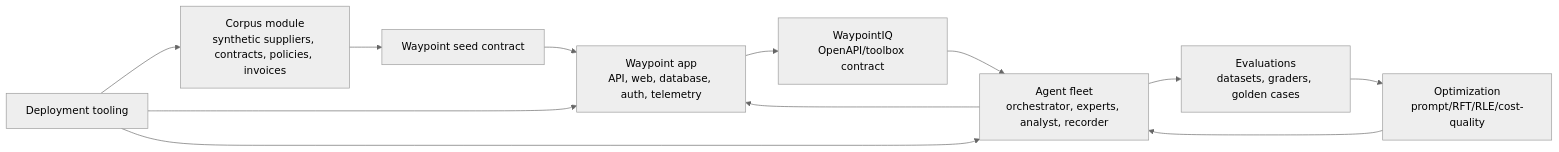
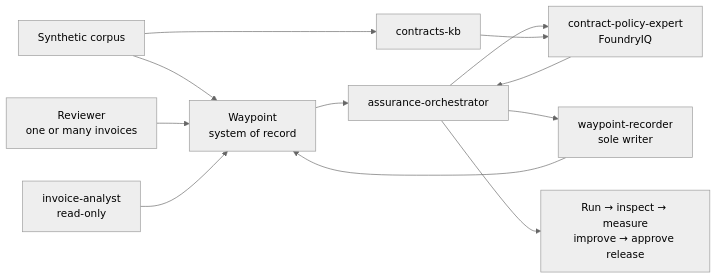
The diagram in docs/architecture.md (RicksterCDN/waypoint), drawn with Mermaid (neutral theme) before and after one commit. The commit also changed other lines of this file and 311 other files, not shown here.

````diff
--- a/docs/architecture.md
+++ b/docs/architecture.md
@@ -18,14 +22,14 @@
 ```mermaid
 flowchart LR
-    Corpus[Corpus module\nsynthetic suppliers, contracts, policies, invoices] --> Seed[Waypoint seed contract]
-    Seed --> App[Waypoint app\nAPI, web, database, auth, telemetry]
-    App --> IQ[WaypointIQ\nOpenAPI/toolbox contract]
-    IQ --> Agents[Agent fleet\norchestrator, experts, analyst, recorder]
-    Agents --> App
-    Agents --> Evals[Evaluations\ndatasets, graders, golden cases]
-    Evals --> Optimization[Optimization\nprompt/RFT/RLE/cost-quality]
-    Optimization --> Agents
-    Deploy[Deployment tooling] --> Corpus
-    Deploy --> App
-    Deploy --> Agents
+    Corpus[Synthetic corpus] --> App[Waypoint<br/>system of record]
+    Corpus --> KB[contracts-kb]
+    Reviewer[Reviewer<br/>one or many invoices] --> App
+    Analyst[invoice-analyst<br/>read-only] --> App
+    App --> Orchestrator[assurance-orchestrator]
+    Orchestrator --> Expert[contract-policy-expert<br/>FoundryIQ]
+    KB --> Expert
+    Expert --> Orchestrator
+    Orchestrator --> Recorder[waypoint-recorder<br/>sole writer]
+    Recorder --> App
+    Orchestrator --> Quality[Run → inspect → measure<br/>improve → approve release]
 ```
````
